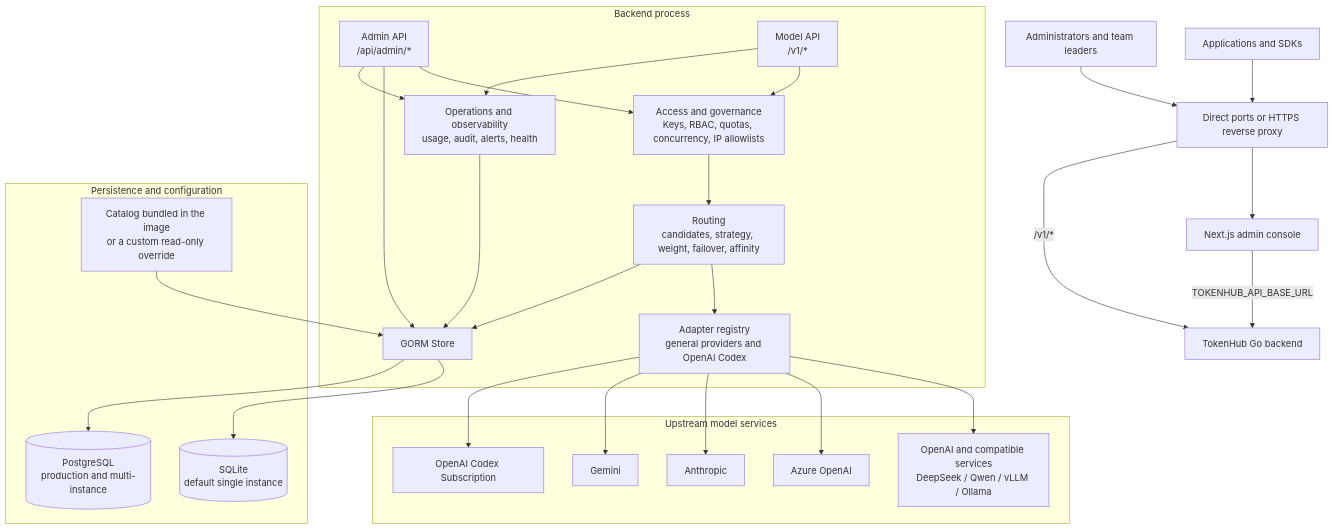
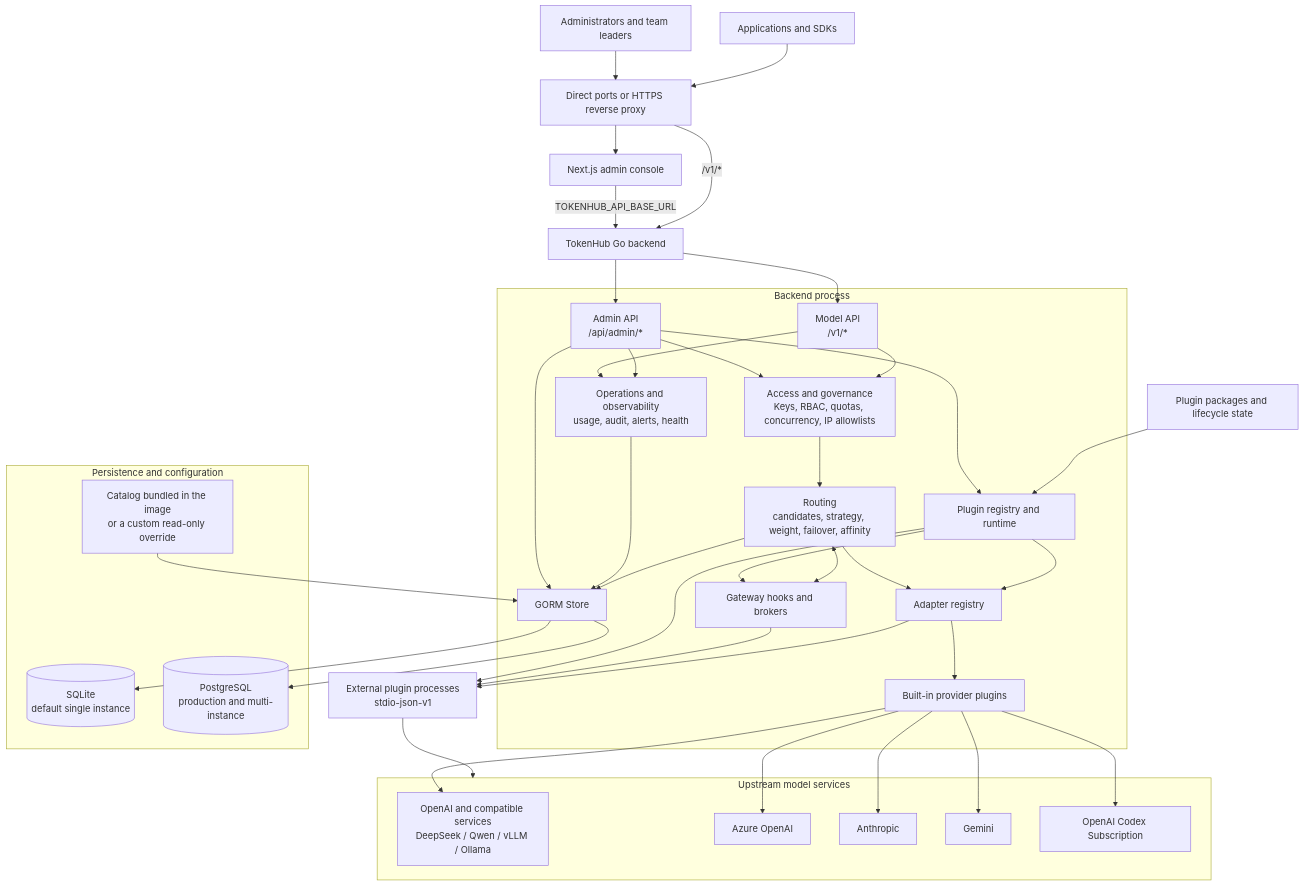
Before and after one commit to astaxie/TokenHub: the first of 3 diagrams in docs/architecture.md, drawn with Mermaid. The commit also changed other lines of this file and 2 other files, not shown here.

Commit message:
docs: update plugin architecture overview

````diff
--- a/docs/architecture.md
+++ b/docs/architecture.md
@@ -11,51 +13,69 @@
 ```mermaid
 flowchart TB
     admin["Administrators and team leaders"]
     app["Applications and SDKs"]
     ingress["Direct ports or HTTPS reverse proxy"]
     frontend["Next.js admin console"]
     backend["TokenHub Go backend"]
 
     subgraph backendProcess["Backend process"]
         adminApi["Admin API\n/api/admin/*"]
         modelApi["Model API\n/v1/*"]
         governance["Access and governance\nKeys, RBAC, quotas, concurrency, IP allowlists"]
         routing["Routing\ncandidates, strategy, weight, failover, affinity"]
-        adapters["Adapter registry\ngeneral providers and OpenAI Codex"]
+        adapters["Adapter registry"]
+        builtin["Built-in provider plugins"]
+        plugins["Plugin registry and runtime"]
+        hooks["Gateway hooks and brokers"]
         operations["Operations and observability\nusage, audit, alerts, health"]
         store["GORM Store"]
 
         adminApi --> governance
         adminApi --> store
         modelApi --> governance --> routing --> adapters
         modelApi --> operations --> store
         adminApi --> operations
         routing --> store
+        adminApi --> plugins
+        plugins --> adapters
+        adapters --> builtin
+        plugins --> hooks
+        routing <--> hooks
     end
+
+    external["External plugin processes\nstdio-json-v1"]
+    packages["Plugin packages and lifecycle state"]
+    packages --> plugins
+    plugins --> external
+    hooks --> external
+    adapters --> external
 
     subgraph persistence["Persistence and configuration"]
         sqlite[("SQLite\ndefault single instance")]
         postgres[("PostgreSQL\nproduction and multi-instance")]
         catalog["Catalog bundled in the image\nor a custom read-only override"]
     end
 
     subgraph upstream["Upstream model services"]
         compatible["OpenAI and compatible services\nDeepSeek / Qwen / vLLM / Ollama"]
         azure["Azure OpenAI"]
         anthropic["Anthropic"]
         gemini["Gemini"]
         codex["OpenAI Codex Subscription"]
     end
 
     admin --> ingress --> frontend
     frontend -->|"TOKENHUB_API_BASE_URL"| backend
     app --> ingress -->|"/v1/*"| backend
-    adapters --> compatible
-    adapters --> azure
-    adapters --> anthropic
-    adapters --> gemini
-    adapters --> codex
+    external --> upstream
+    backend --> adminApi
+    backend --> modelApi
+    builtin --> compatible
+    builtin --> azure
+    builtin --> anthropic
+    builtin --> gemini
+    builtin --> codex
     store --> sqlite
     store --> postgres
     catalog --> store
 ```
````
